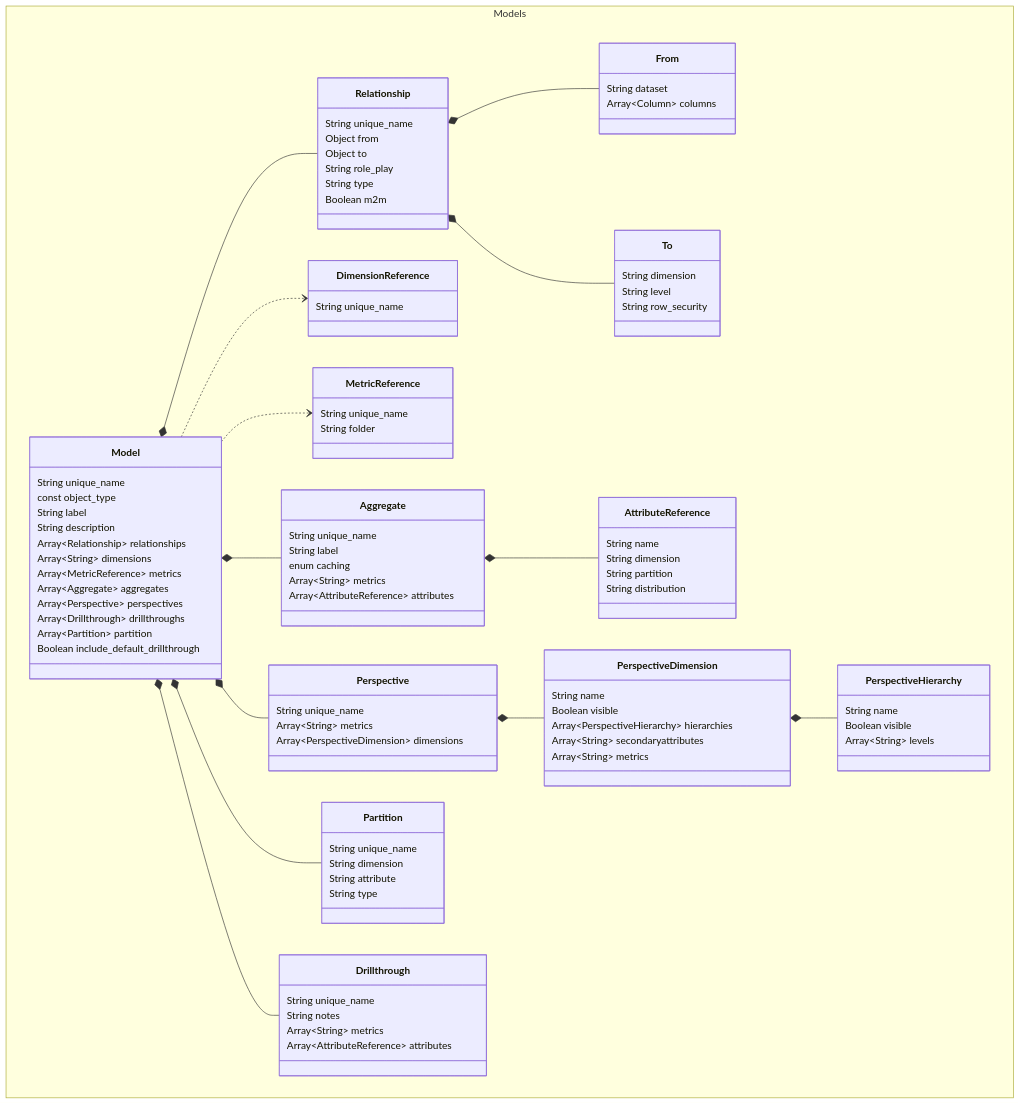
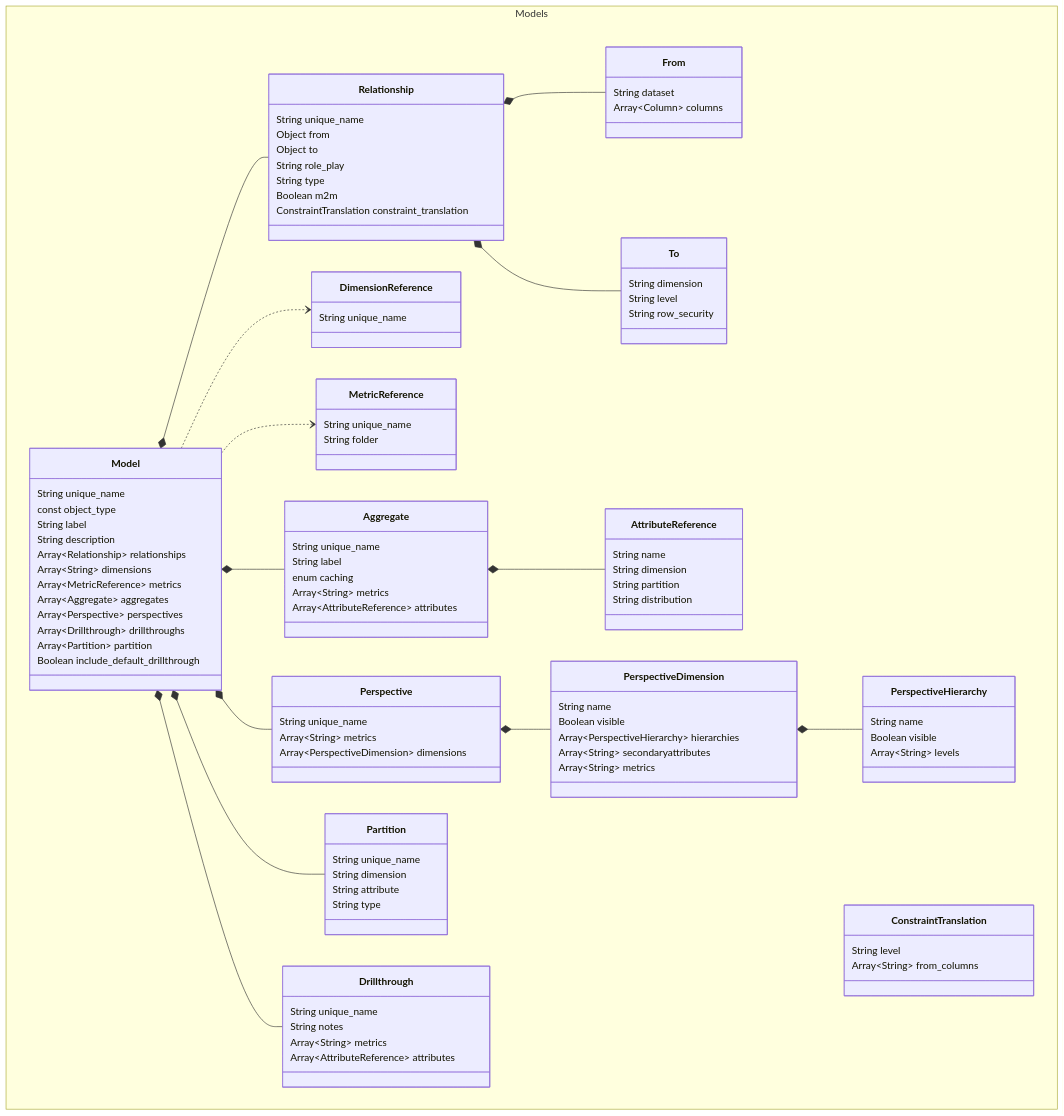
The diagram in sml-reference/model.md (semanticdatalayer/SML), drawn with Mermaid before and after one commit. The commit also changed other lines of this file and 1 other file, not shown here.

```diff
--- a/sml-reference/model.md
+++ b/sml-reference/model.md
@@ -217,6 +217,7 @@
       String role_play
       String type
       Boolean m2m
+      ConstraintTranslation constraint_translation
     }
     class From{
       String dataset
@@ -226,6 +227,10 @@
       String dimension
       String level
       String row_security
+    }
+    class ConstraintTranslation{
+      String level
+      Array~String~ from_columns
     }
     class Aggregate{
       String unique_name
```
